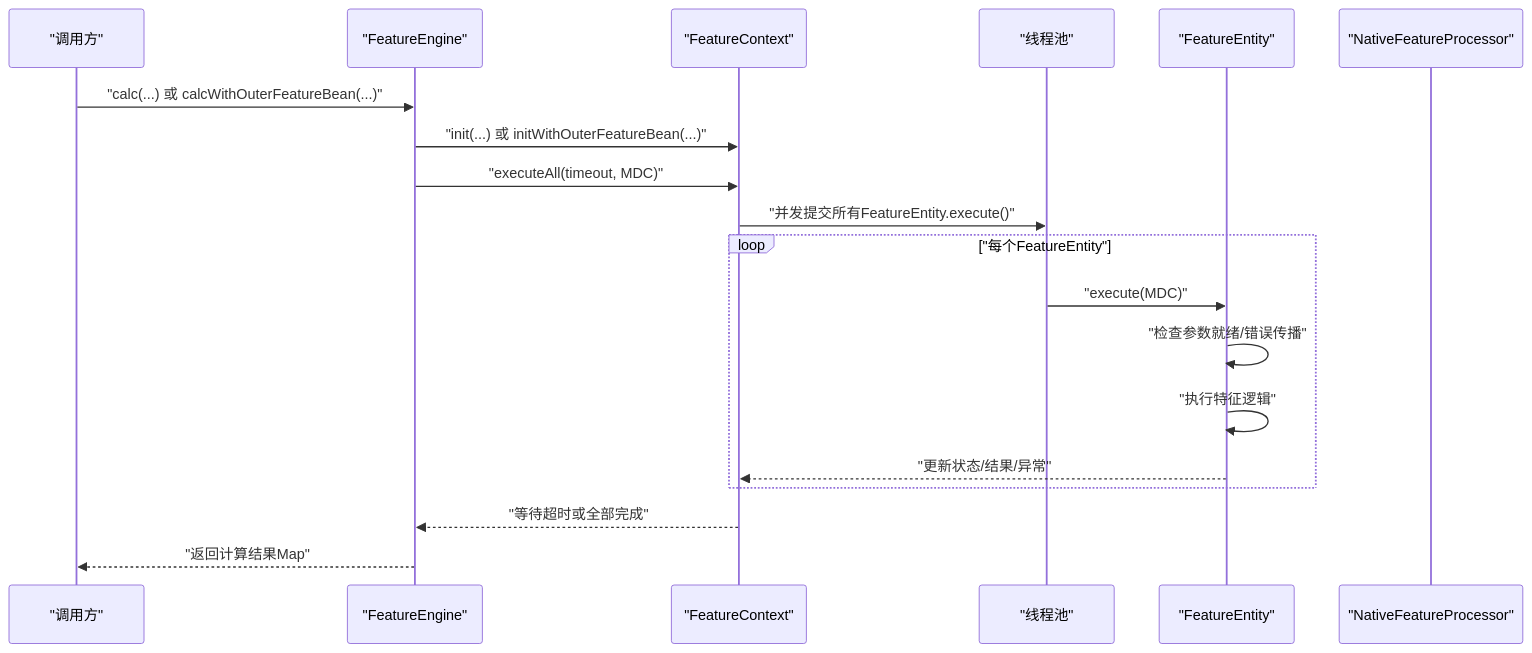
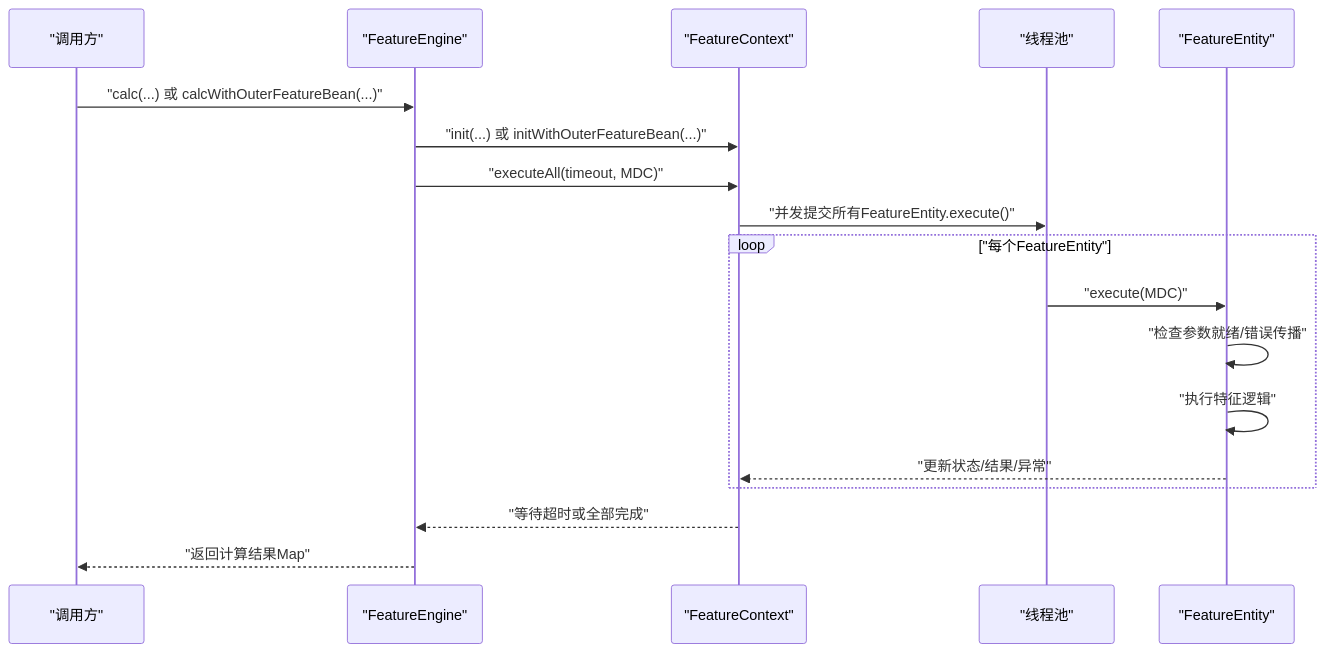
Before and after one commit to txzhanghuan/feature: the second of 3 diagrams in .qoder/repowiki/zh/content/API参考/API参考.md, drawn with Mermaid. The commit also changed other lines of this file and 48 other files, not shown here.

````diff
--- a/.qoder/repowiki/zh/content/API参考/API参考.md
+++ b/.qoder/repowiki/zh/content/API参考/API参考.md
@@ -94,21 +84,20 @@
 ```mermaid
 sequenceDiagram
 participant Caller as "调用方"
 participant Engine as "FeatureEngine"
 participant Ctx as "FeatureContext"
 participant Pool as "线程池"
 participant Ent as "FeatureEntity"
-participant Proc as "NativeFeatureProcessor"
 Caller->>Engine : "calc(...) 或 calcWithOuterFeatureBean(...)"
 Engine->>Ctx : "init(...) 或 initWithOuterFeatureBean(...)"
 Engine->>Ctx : "executeAll(timeout, MDC)"
 Ctx->>Pool : "并发提交所有FeatureEntity.execute()"
 loop "每个FeatureEntity"
 Pool->>Ent : "execute(MDC)"
 Ent->>Ent : "检查参数就绪/错误传播"
 Ent->>Ent : "执行特征逻辑"
 Ent-->>Ctx : "更新状态/结果/异常"
 end
 Ctx-->>Engine : "等待超时或全部完成"
 Engine-->>Caller : "返回计算结果Map"
 ```
````
